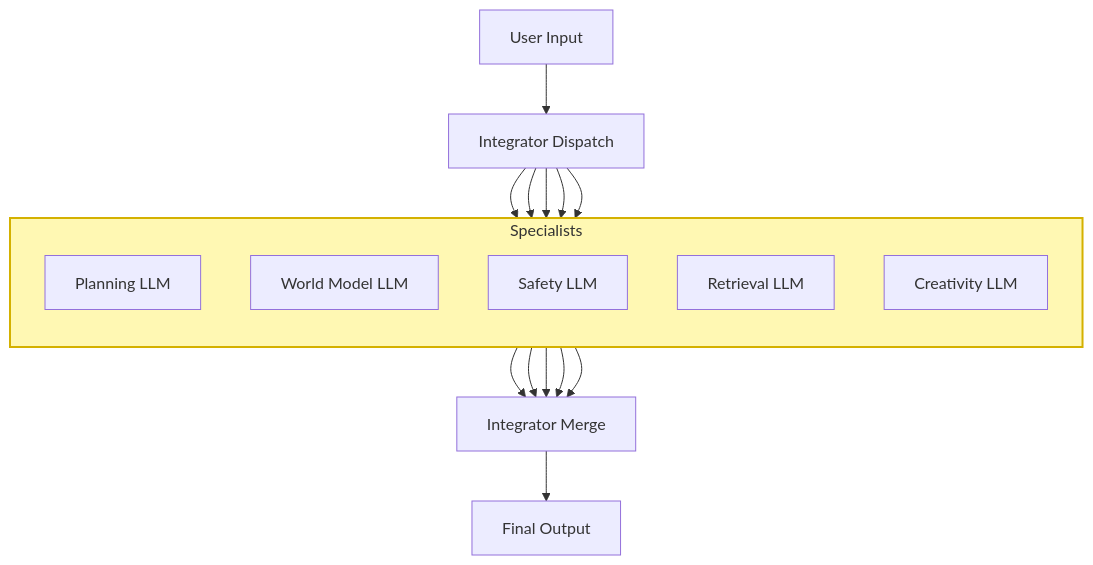
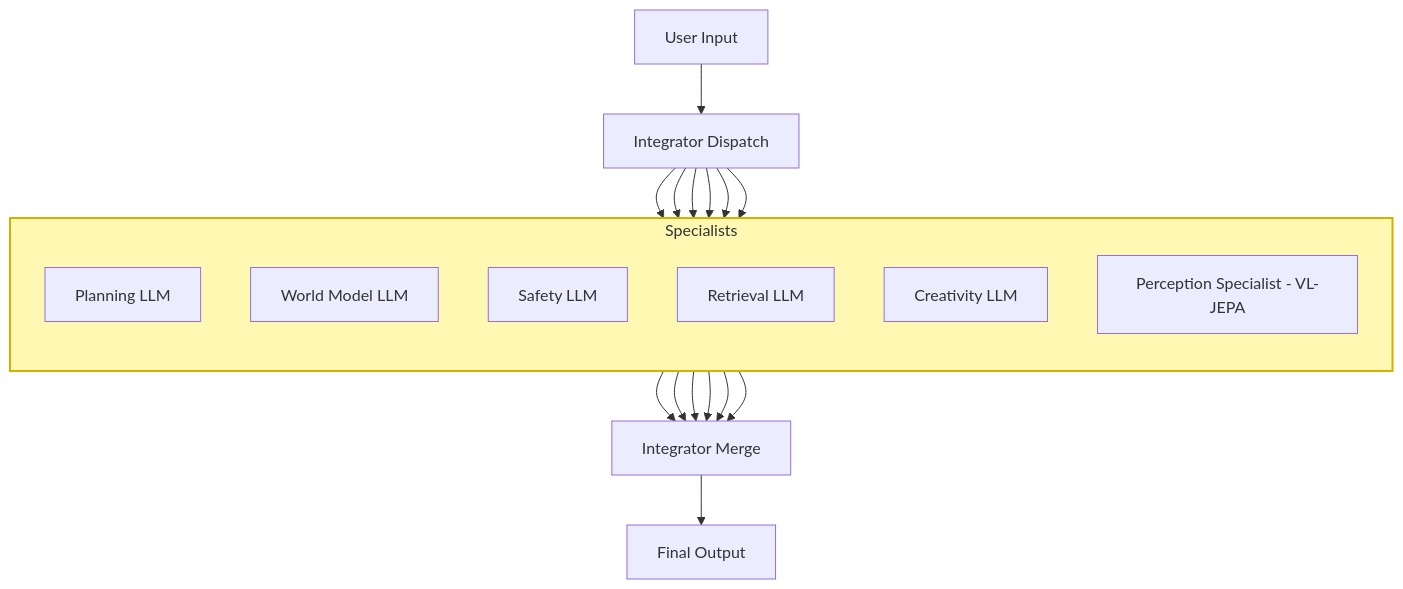
The first of 3 diagrams in docs/AI_Architecture_WhichWill_Scale.md (CuriousOne23/WhenMathPrays), drawn with Mermaid before and after one commit.

````diff
--- a/docs/AI_Architecture_WhichWill_Scale.md
+++ b/docs/AI_Architecture_WhichWill_Scale.md
@@ -84,34 +84,33 @@
 ```mermaid
 flowchart TB
+
     U[User Input] --> ID[Integrator Dispatch]
 
-    %% Specialists group with yellow background
     subgraph SPEC[Specialists]
-        direction TB
+    direction TB
         P[Planning LLM]
         W[World Model LLM]
         S[Safety LLM]
         R[Retrieval LLM]
         C[Creativity LLM]
+        V[Perception Specialist - VL-JEPA]
     end
 
-    %% Style the Specialists block
     style SPEC fill:#fff8b3,stroke:#d4b100,stroke-width:2px
 
-    %% Fan-out from Dispatch Integrator
     ID --> P
     ID --> W
     ID --> S
     ID --> R
     ID --> C
+    ID --> V
 
-    %% Fan-in to Merge Integrator
     P --> IM[Integrator Merge]
     W --> IM
     S --> IM
     R --> IM
     C --> IM
+    V --> IM
 
-    %% Final Output
     IM --> O[Final Output]
 ```
````
